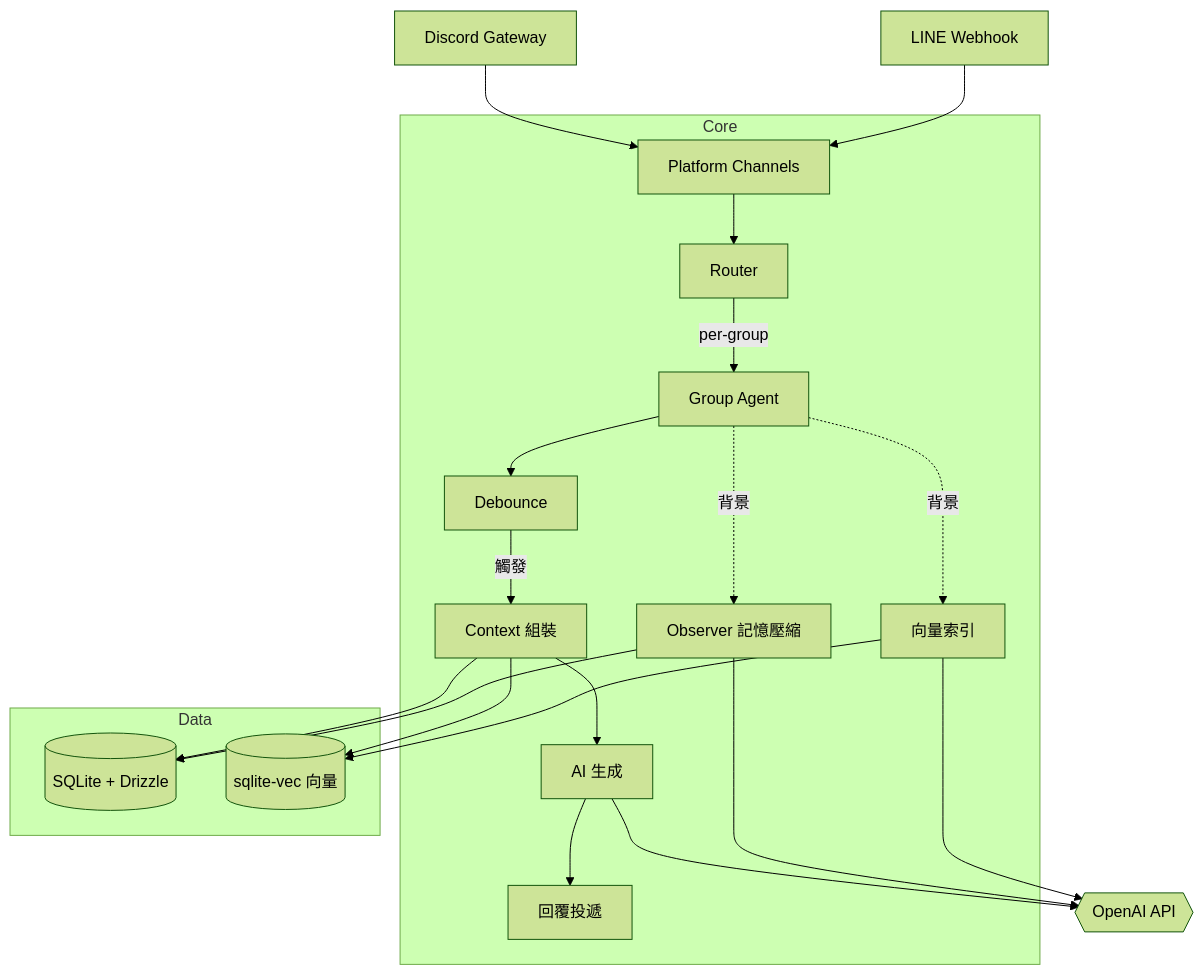
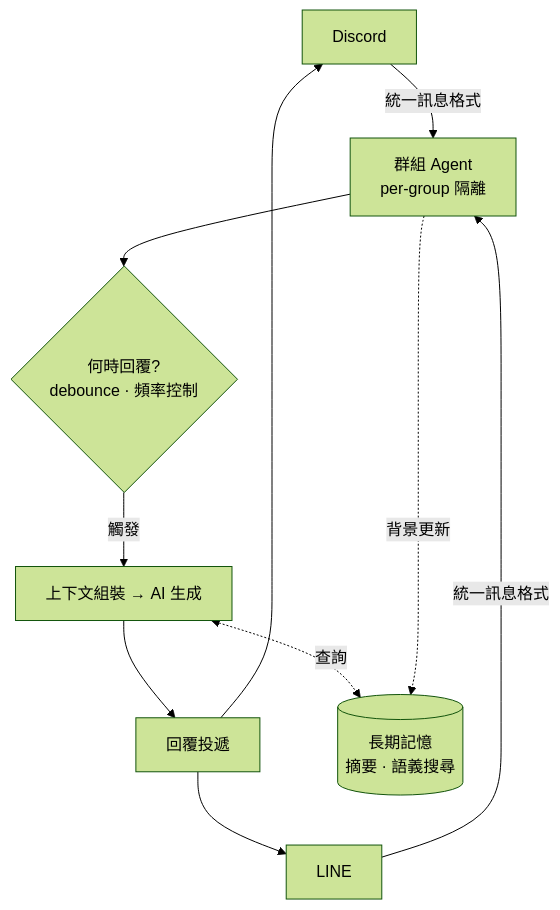
Before and after one commit to maou-shonen/yamada: the diagram in README.md, drawn with Mermaid (forest theme). The commit also changed other lines of this file, not shown here.

Commit message:
docs: 重構架構圖為抽象邏輯層次，移除實作細節

````diff
--- a/README.md
+++ b/README.md
@@ -14,29 +14,12 @@
 ```mermaid
 graph TD
-    Discord[Discord Gateway] --> Channels
-    LINE[LINE Webhook] --> Channels
+    D[Discord] & L[LINE] -->|統一訊息格式| Agent[群組 Agent<br/>per-group 隔離]
 
-    subgraph Core
-        Channels[Platform Channels] --> Router
-        Router -->|per-group| Agent[Group Agent]
-        Agent --> Debounce
-        Debounce -->|觸發| Context[Context 組裝]
-        Context --> Generator[AI 生成]
-        Generator --> Delivery[回覆投遞]
-        Agent -.->|背景| Observer[Observer 記憶壓縮]
-        Agent -.->|背景| Embedding[向量索引]
-    end
+    Agent --> When{何時回覆?<br/>debounce · 頻率控制}
+    When -->|觸發| What[上下文組裝 → AI 生成]
+    What --> Reply[回覆投遞]
+    Reply --> D & L
 
-    subgraph Data
-        SQLite[(SQLite + Drizzle)]
-        Vec[(sqlite-vec 向量)]
-    end
-
-    Context --> SQLite
-    Context --> Vec
-    Observer --> SQLite
-    Embedding --> Vec
-    Generator --> AI{{OpenAI API}}
-    Observer --> AI
-    Embedding --> AI
+    What <-.->|查詢| Mem[(長期記憶<br/>摘要 · 語義搜尋)]
+    Agent -.->|背景更新| Mem
 ```
````
